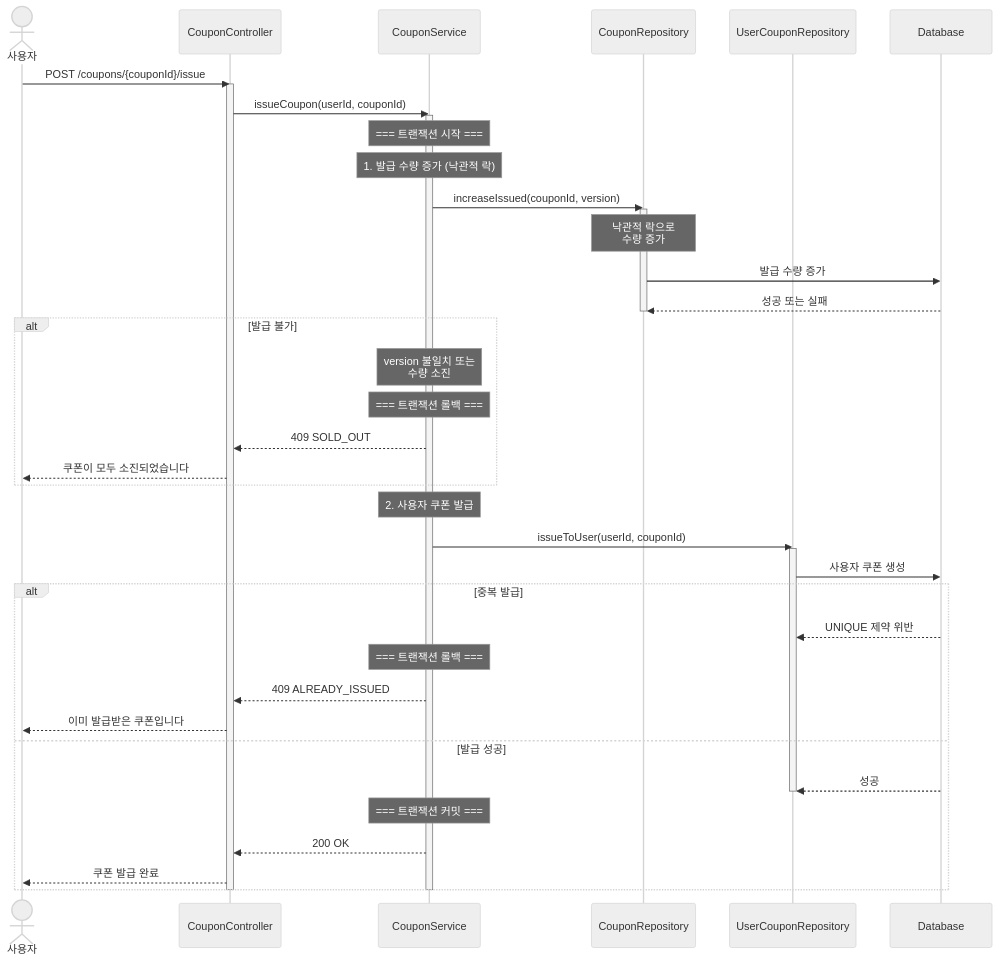
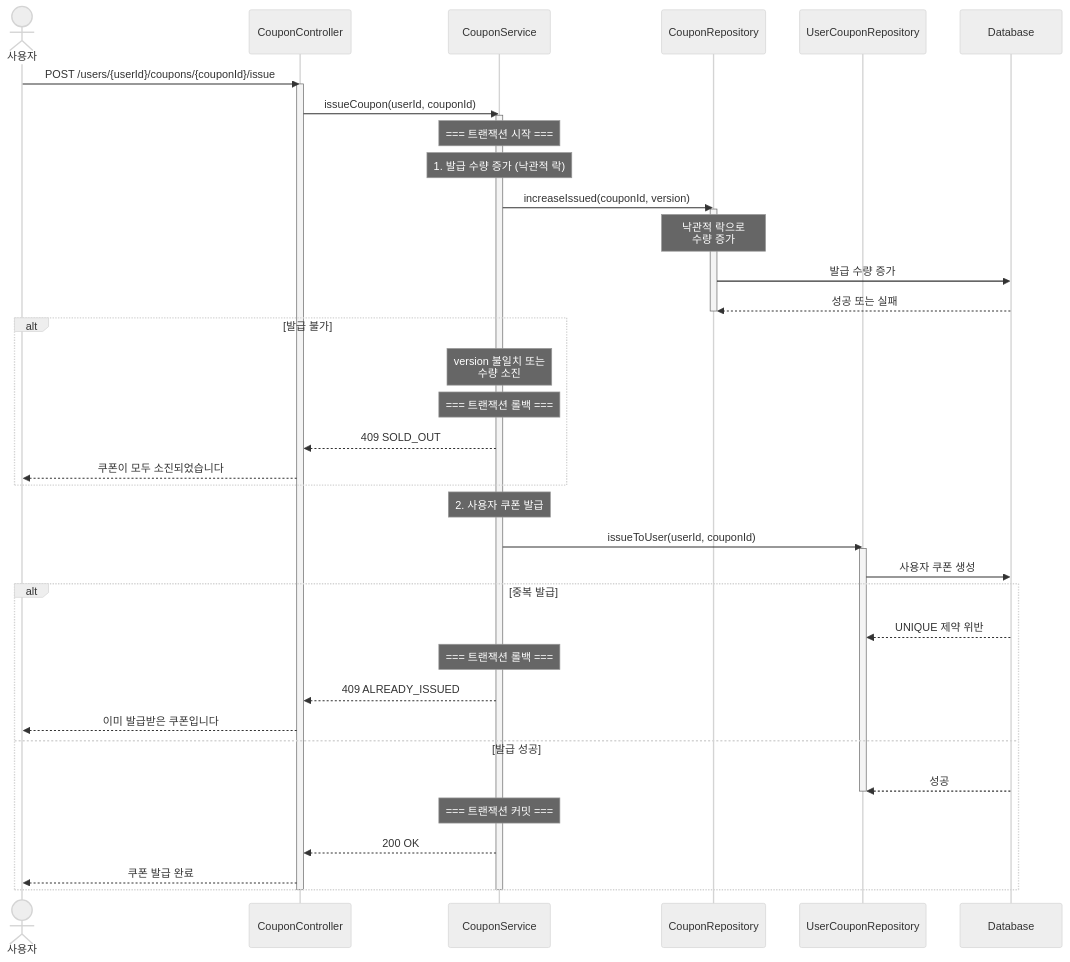
Before and after one commit to 2-seulgi/hhplus-ecommerce: the second of 3 diagrams in docs/sequence_diagram.md, drawn with Mermaid (neutral theme). The commit also changed other lines of this file, not shown here.

````diff
--- a/docs/sequence_diagram.md
+++ b/docs/sequence_diagram.md
@@ -129,53 +146,53 @@
 ```mermaid
 sequenceDiagram
     actor User as 사용자
     participant CC as CouponController
     participant CS as CouponService
     participant CPR as CouponRepository
     participant UCR as UserCouponRepository
     participant DB as Database
 
-    User->>CC: POST /coupons/{couponId}/issue
+    User->>CC: POST /users/{userId}/coupons/{couponId}/issue
     activate CC
 
     CC->>CS: issueCoupon(userId, couponId)
     activate CS
 
     Note over CS: === 트랜잭션 시작 ===
 
     Note over CS: 1. 발급 수량 증가 (낙관적 락)
     CS->>CPR: increaseIssued(couponId, version)
     activate CPR
     Note over CPR: 낙관적 락으로<br/>수량 증가
     CPR->>DB: 발급 수량 증가
     DB-->>CPR: 성공 또는 실패
     deactivate CPR
 
     alt 발급 불가
         Note over CS: version 불일치 또는<br/>수량 소진
         Note over CS: === 트랜잭션 롤백 ===
         CS-->>CC: 409 SOLD_OUT
         CC-->>User: 쿠폰이 모두 소진되었습니다
     end
 
     Note over CS: 2. 사용자 쿠폰 발급
     CS->>UCR: issueToUser(userId, couponId)
     activate UCR
     UCR->>DB: 사용자 쿠폰 생성
 
     alt 중복 발급
         DB-->>UCR: UNIQUE 제약 위반
         Note over CS: === 트랜잭션 롤백 ===
         CS-->>CC: 409 ALREADY_ISSUED
         CC-->>User: 이미 발급받은 쿠폰입니다
     else 발급 성공
         DB-->>UCR: 성공
         deactivate UCR
         Note over CS: === 트랜잭션 커밋 ===
         CS-->>CC: 200 OK
         CC-->>User: 쿠폰 발급 완료
     end
 
     deactivate CS
     deactivate CC
 ```
````
